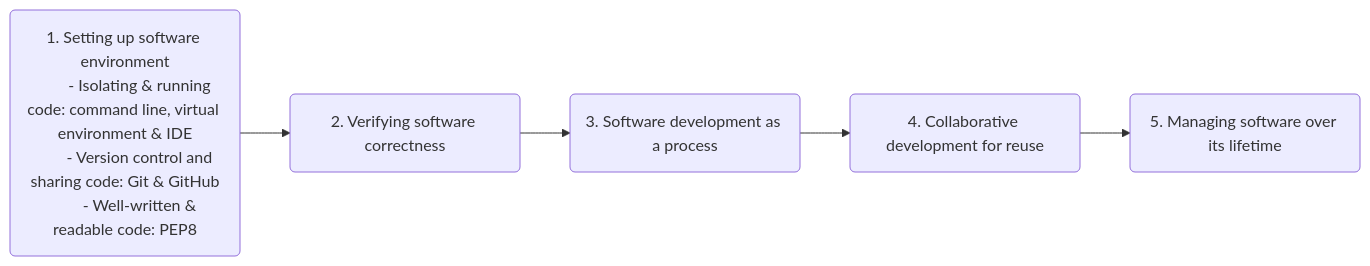
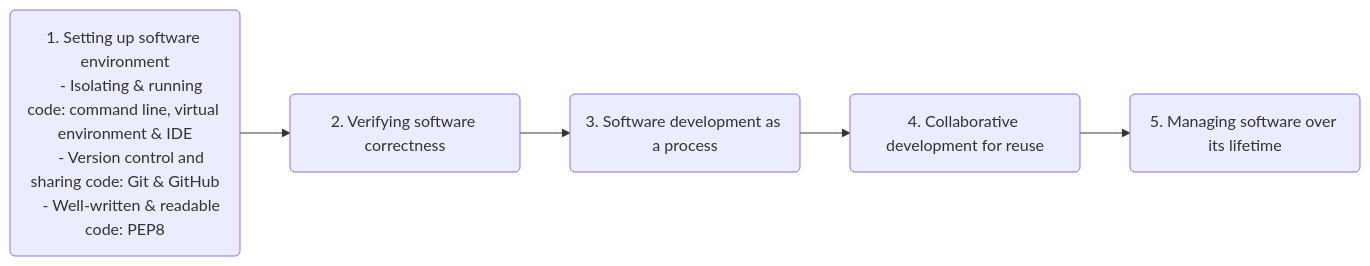
Before and after one commit to carpentries-incubator/python-intermediate-development: the diagram in episodes/10-section1-intro.md, drawn with Mermaid. The commit also changed other lines of this file and 1 other file, not shown here.

Commit message:
Attempt markdown formatting of nodes and remove some alt text comments

````diff
--- a/episodes/10-section1-intro.md
+++ b/episodes/10-section1-intro.md
@@ -38,12 +34,14 @@
 ```mermaid
     flowchart LR
-        accDescr {Topics on effective collaborating on code development covered in the current section: virtual development environments, version control & sharing code, writing readable code & code standards}
-          A(1. Setting up software environment
-            - Isolating & running code: command line, virtual environment & IDE
-            - Version control and sharing code: Git & GitHub
-            - Well-written & readable code: PEP8)
-        A --> B(2. Verifying software correctness)
-        B --> C(3. Software development as a process)
-        C --> D(4. Collaborative development for reuse)
-        D --> E(5. Managing software over its lifetime)
+      accDescr {Topics on effective collaborating on code development covered in
+        the current section: virtual development environments, version control &
+        sharing code, writing readable code & code standards}
+      A("`1. Setting up software environment
+        - Isolating & running code: command line, virtual environment & IDE
+        - Version control and sharing code: Git & GitHub
+        - Well-written & readable code: PEP8`")
+      A --> B(2. Verifying software correctness)
+      B --> C(3. Software development as a process)
+      C --> D(4. Collaborative development for reuse)
+      D --> E(5. Managing software over its lifetime)
 ```
````
